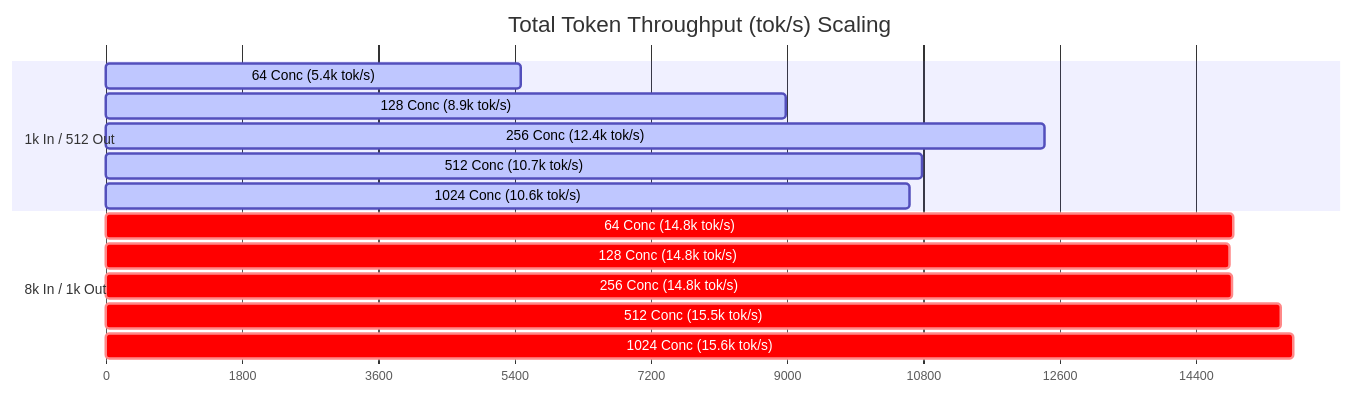
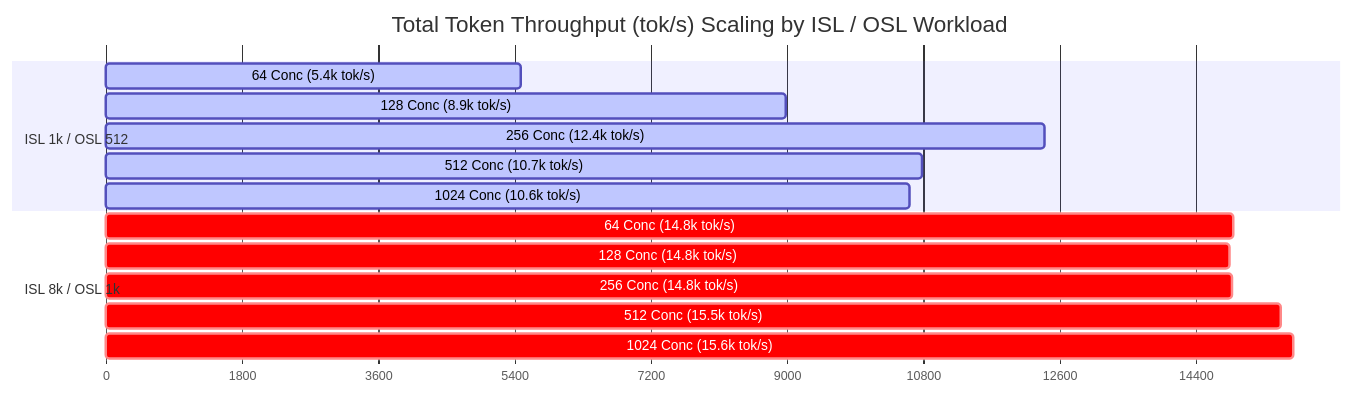
Before and after one commit to pallavim1/ai-infra-projects: the diagram in Inference/vllm/G4/Gemma4/Gemma4-26B/benchmark_report.md, drawn with Mermaid. The commit also changed other lines of this file and 1 other file, not shown here.

Commit message:
Update benchmark report headers with explicit ISL and OSL titles

````diff
--- a/Inference/vllm/G4/Gemma4/Gemma4-26B/benchmark_report.md
+++ b/Inference/vllm/G4/Gemma4/Gemma4-26B/benchmark_report.md
@@ -72,20 +72,20 @@
 ```mermaid
 gantt
-    title Total Token Throughput (tok/s) Scaling
+    title Total Token Throughput (tok/s) Scaling by ISL / OSL Workload
     dateFormat  X
     axisFormat %s
 
-    section 1k In / 512 Out
+    section ISL 1k / OSL 512
     64 Conc (5.4k tok/s)   :active, 0, 5489
     128 Conc (8.9k tok/s)  :active, 0, 8980
     256 Conc (12.4k tok/s) :active, 0, 12405
     512 Conc (10.7k tok/s) :active, 0, 10791
     1024 Conc (10.6k tok/s):active, 0, 10615
 
-    section 8k In / 1k Out
+    section ISL 8k / OSL 1k
     64 Conc (14.8k tok/s)  :crit, 0, 14899
     128 Conc (14.8k tok/s) :crit, 0, 14858
     256 Conc (14.8k tok/s) :crit, 0, 14882
     512 Conc (15.5k tok/s) :crit, 0, 15534
     1024 Conc (15.6k tok/s):crit, 0, 15693
 ```
````
